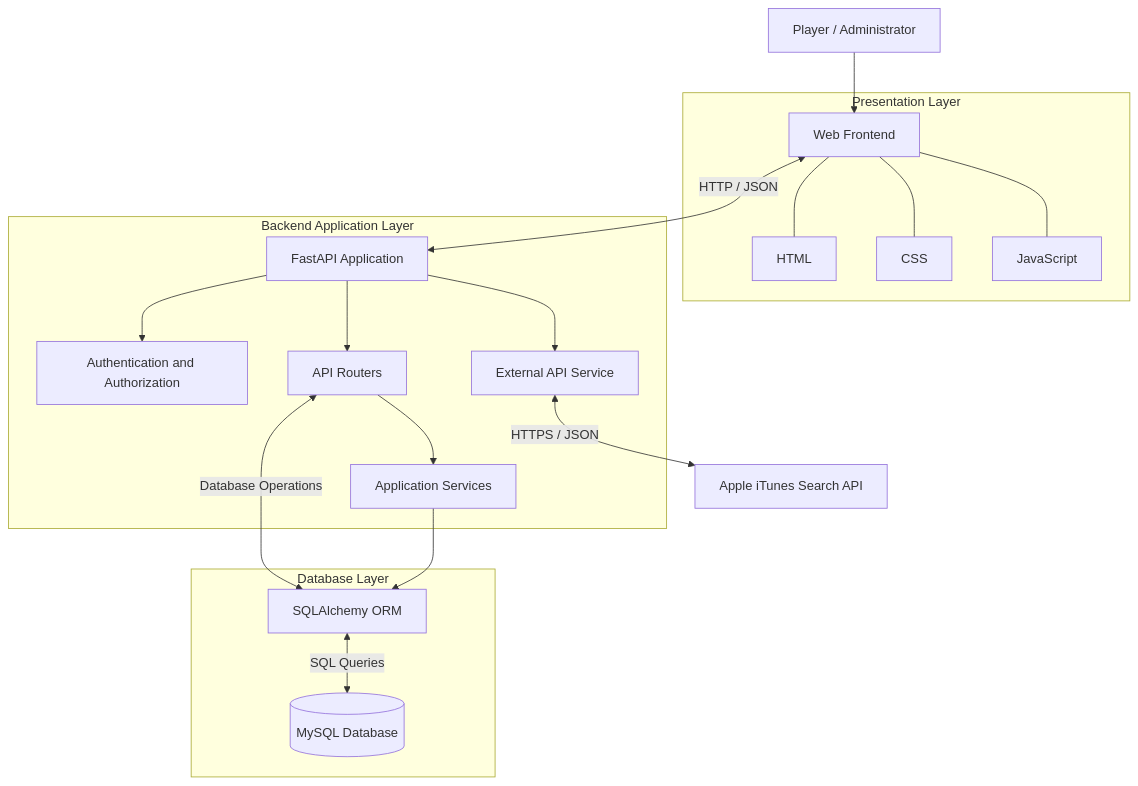
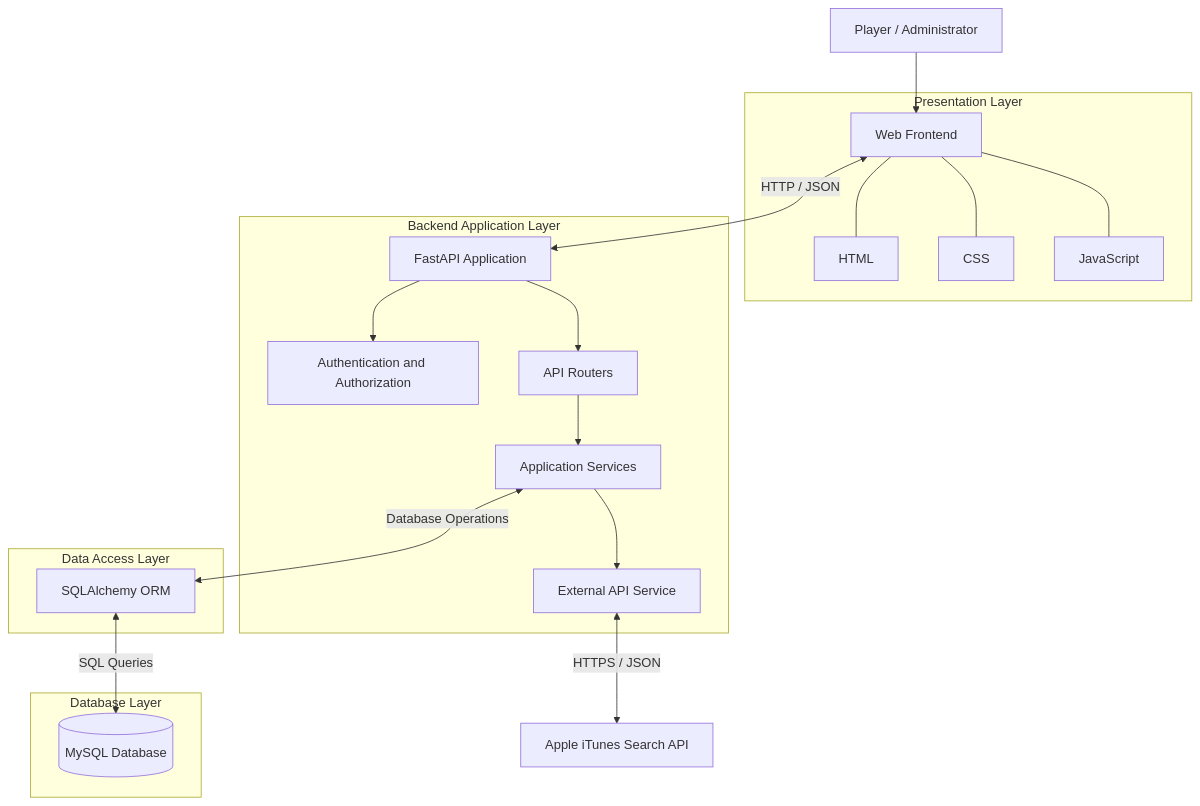
Before and after one commit to masoomshaikhh/QuizFlix: the diagram in docs/system_architecture.md, drawn with Mermaid. The commit also changed other lines of this file and 6 other files, not shown here.

````diff
--- a/docs/system_architecture.md
+++ b/docs/system_architecture.md
@@ -57,41 +64,44 @@
 ```mermaid
 flowchart TB
     USER["Player / Administrator"]
 
     subgraph FRONTEND["Presentation Layer"]
         UI["Web Frontend"]
         HTML["HTML"]
         CSS["CSS"]
         JS["JavaScript"]
+
         UI --- HTML
         UI --- CSS
         UI --- JS
     end
 
     subgraph BACKEND["Backend Application Layer"]
         MAIN["FastAPI Application"]
         AUTH["Authentication and Authorization"]
         ROUTERS["API Routers"]
         SERVICES["Application Services"]
         EXT["External API Service"]
 
         MAIN --> AUTH
         MAIN --> ROUTERS
-        MAIN --> EXT
         ROUTERS --> SERVICES
+        SERVICES --> EXT
+    end
+
+    subgraph DATA["Data Access Layer"]
+        ORM["SQLAlchemy ORM"]
     end
 
     subgraph DATABASE["Database Layer"]
-        ORM["SQLAlchemy ORM"]
         MYSQL[("MySQL Database")]
     end
 
     APPLE["Apple iTunes Search API"]
 
     USER --> UI
     UI <-->|"HTTP / JSON"| MAIN
-    ROUTERS <-->|"Database Operations"| ORM
-    SERVICES --> ORM
+    SERVICES <-->|"Database Operations"| ORM
     ORM <-->|"SQL Queries"| MYSQL
     EXT <-->|"HTTPS / JSON"| APPLE
 ```
````
